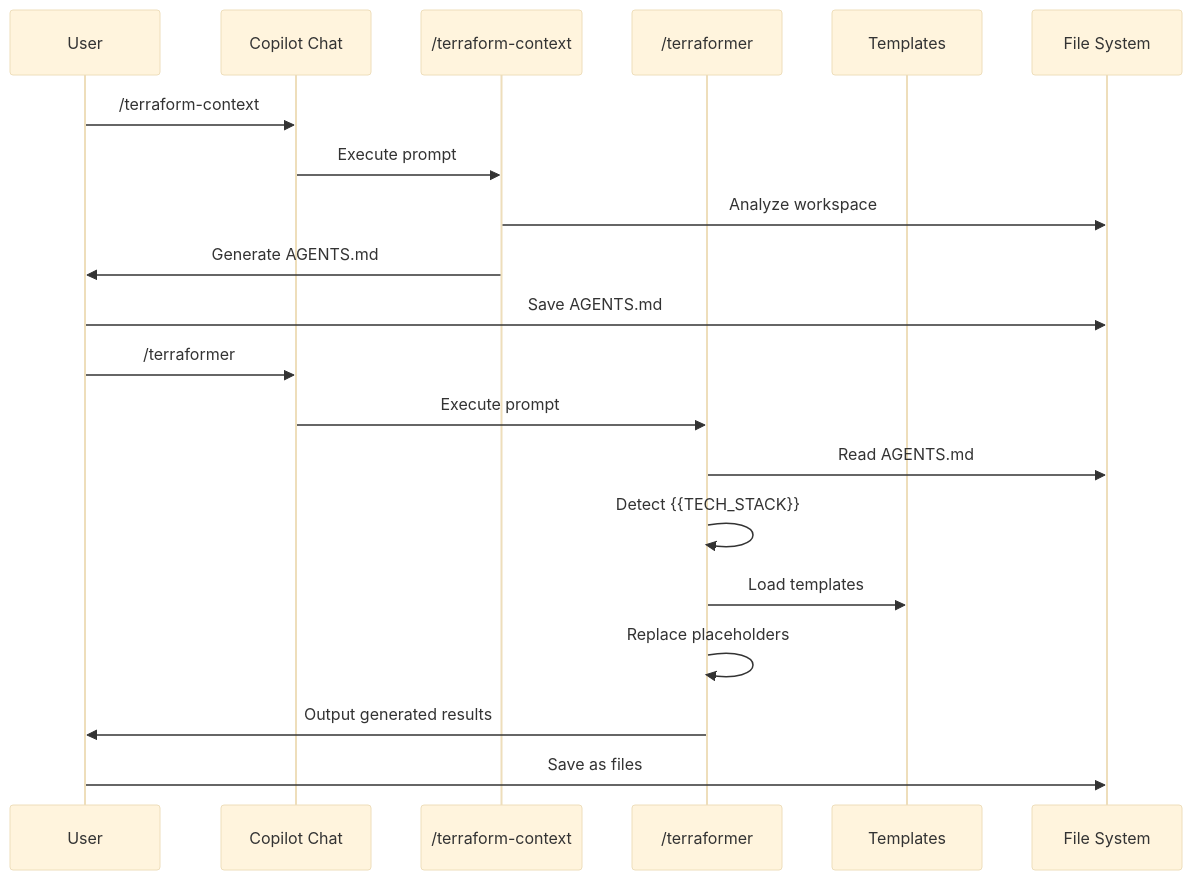
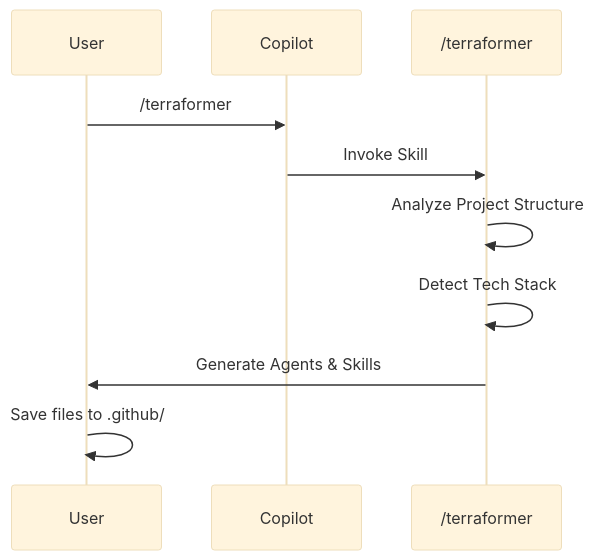
The first of 2 diagrams in agents-docs/key-flows.md (LongbowXXX/terraformer), drawn with Mermaid (base theme) before and after one commit. The commit also changed other lines of this file and 6 other files, not shown here.

Commit message:
docs: Add comprehensive documentation for the Terraformer agents system, covering architecture, conventions, and key flows.

````diff
--- a/agents-docs/key-flows.md
+++ b/agents-docs/key-flows.md
@@ -16,24 +17,13 @@
 ```mermaid
 sequenceDiagram
-    participant U as User
-    participant CC as Copilot Chat
-    participant TC as /terraform-context
-    participant TF as /terraformer
-    participant TP as Templates
-    participant FS as File System
+    participant User
+    participant Copilot
+    participant Terraformer as /terraformer
 
-    U->>CC: /terraform-context
-    CC->>TC: Execute prompt
-    TC->>FS: Analyze workspace
-    TC->>U: Generate AGENTS.md
-    U->>FS: Save AGENTS.md
-
-    U->>CC: /terraformer
-    CC->>TF: Execute prompt
-    TF->>FS: Read AGENTS.md
-    TF->>TF: Detect {{TECH_STACK}}
-    TF->>TP: Load templates
-    TF->>TF: Replace placeholders
-    TF->>U: Output generated results
-    U->>FS: Save as files
+    User->>Copilot: /terraformer
+    Copilot->>Terraformer: Invoke Skill
+    Terraformer->>Terraformer: Analyze Project Structure
+    Terraformer->>Terraformer: Detect Tech Stack
+    Terraformer->>User: Generate Agents & Skills
+    User->>User: Save files to .github/
 ```
````
